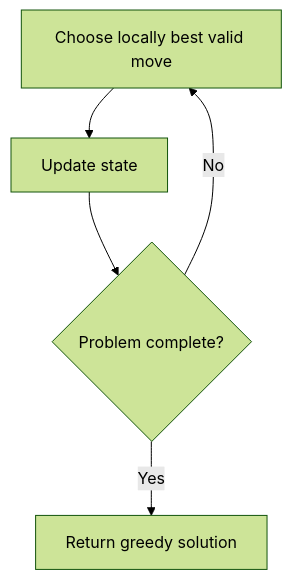
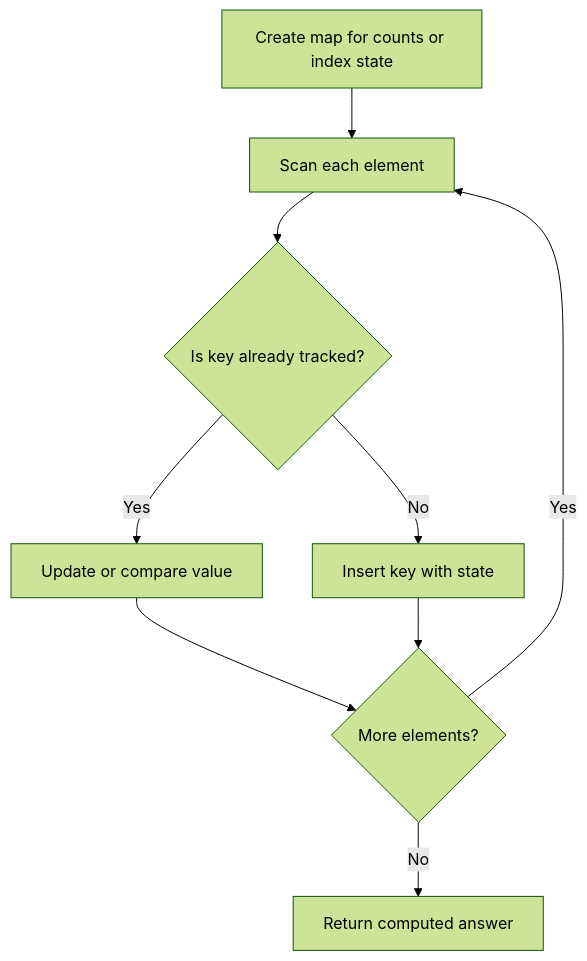
One commit to keshav-poojary/Leetcode changed the diagram in NeetCode-Submissions/13-greedy/04-hands-of-straight/readme.md. Above: the diagram before and after it, drawn with Mermaid (forest theme). The commit also changed 105 other files, not shown here.

Commit message:
Add NeetCode README docs with mermaid diagrams

````diff
--- a/NeetCode-Submissions/13-greedy/04-hands-of-straight/readme.md
+++ b/NeetCode-Submissions/13-greedy/04-hands-of-straight/readme.md
@@ -30,7 +30,11 @@
 ```mermaid
 flowchart TD
-    A[Choose locally best valid move] --> B[Update state]
-    B --> C{Problem complete?}
-    C -- No --> A
-    C -- Yes --> D[Return greedy solution]
+    A[Create map for counts or index state] --> B[Scan each element]
+    B --> C{Is key already tracked?}
+    C -- Yes --> D[Update or compare value]
+    C -- No --> E[Insert key with state]
+    D --> F{More elements?}
+    E --> F
+    F -- Yes --> B
+    F -- No --> G[Return computed answer]
 ```
````
